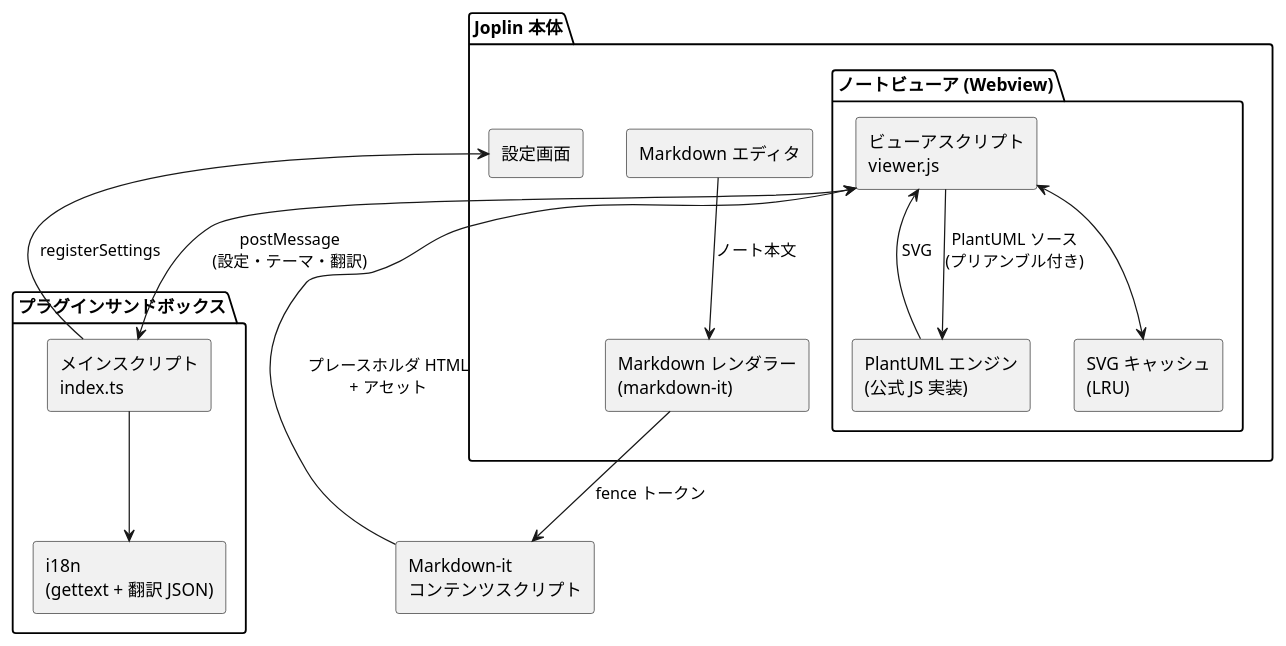
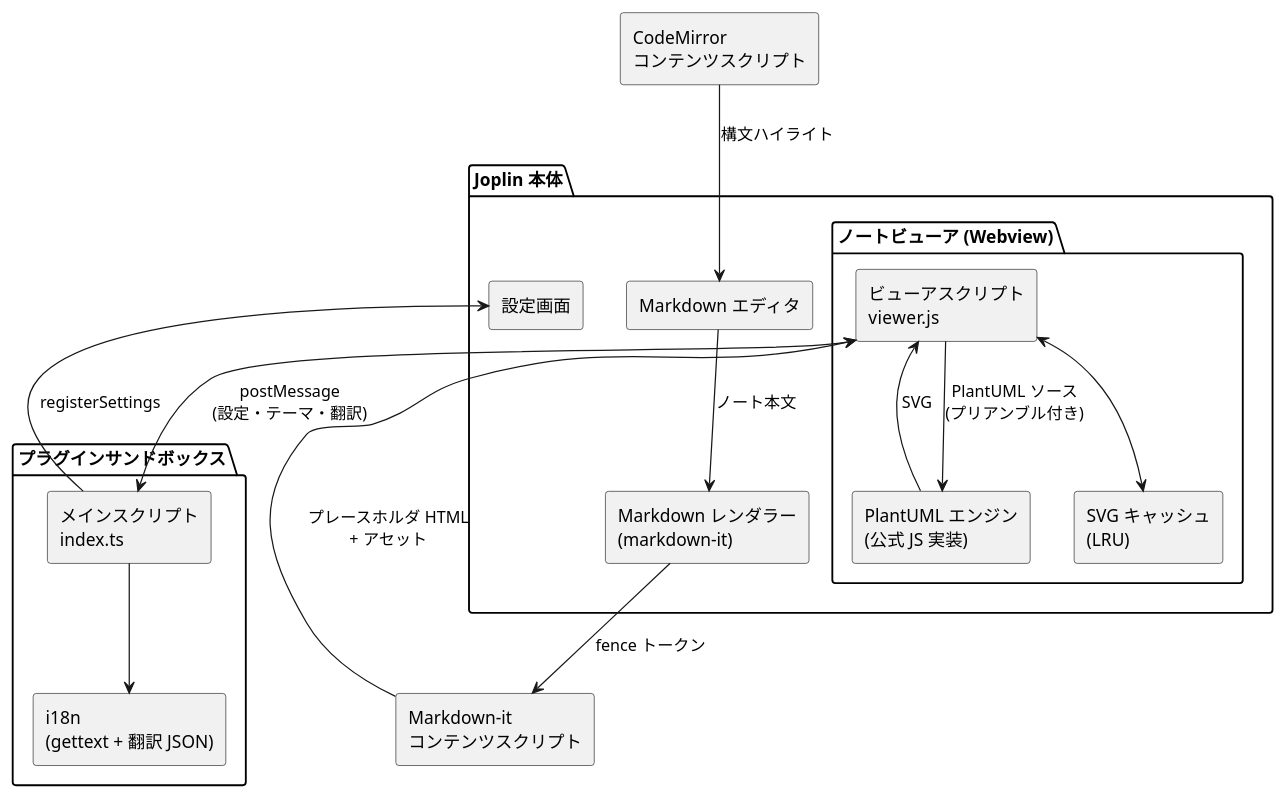
The first of 3 diagrams in docs/design.md (akiratamcat/joplin-plugin-dg-plantuml), drawn with PlantUML before and after one commit. The commit also changed other lines of this file, not shown here.

````diff
--- a/docs/design.md
+++ b/docs/design.md
@@ -112,33 +139,36 @@
 ```plantuml
 @startuml
 skinparam componentStyle rectangle
 
 package "Joplin 本体" {
   [Markdown エディタ] as editor
   [Markdown レンダラー\n(markdown-it)] as renderer
   package "ノートビューア (Webview)" {
     [ビューアスクリプト\nviewer.js] as viewer
     [PlantUML エンジン\n(公式 JS 実装)] as engine
     [SVG キャッシュ\n(LRU)] as cache
   }
   [設定画面] as settingsUi
 }
 
+[CodeMirror\nコンテンツスクリプト] as cmplugin
+
 package "プラグインサンドボックス" {
   [メインスクリプト\nindex.ts] as main
   [i18n\n(gettext + 翻訳 JSON)] as i18n
 }
 
 [Markdown-it\nコンテンツスクリプト] as mdplugin
 
+cmplugin --> editor : 構文ハイライト
 editor --> renderer : ノート本文
 renderer --> mdplugin : fence トークン
 mdplugin --> viewer : プレースホルダ HTML\n+ アセット
 viewer --> engine : PlantUML ソース\n(プリアンブル付き)
 engine --> viewer : SVG
 viewer <--> cache
 viewer <--> main : postMessage\n(設定・テーマ・翻訳)
 main --> i18n
 main --> settingsUi : registerSettings
 @enduml
 ```
````
